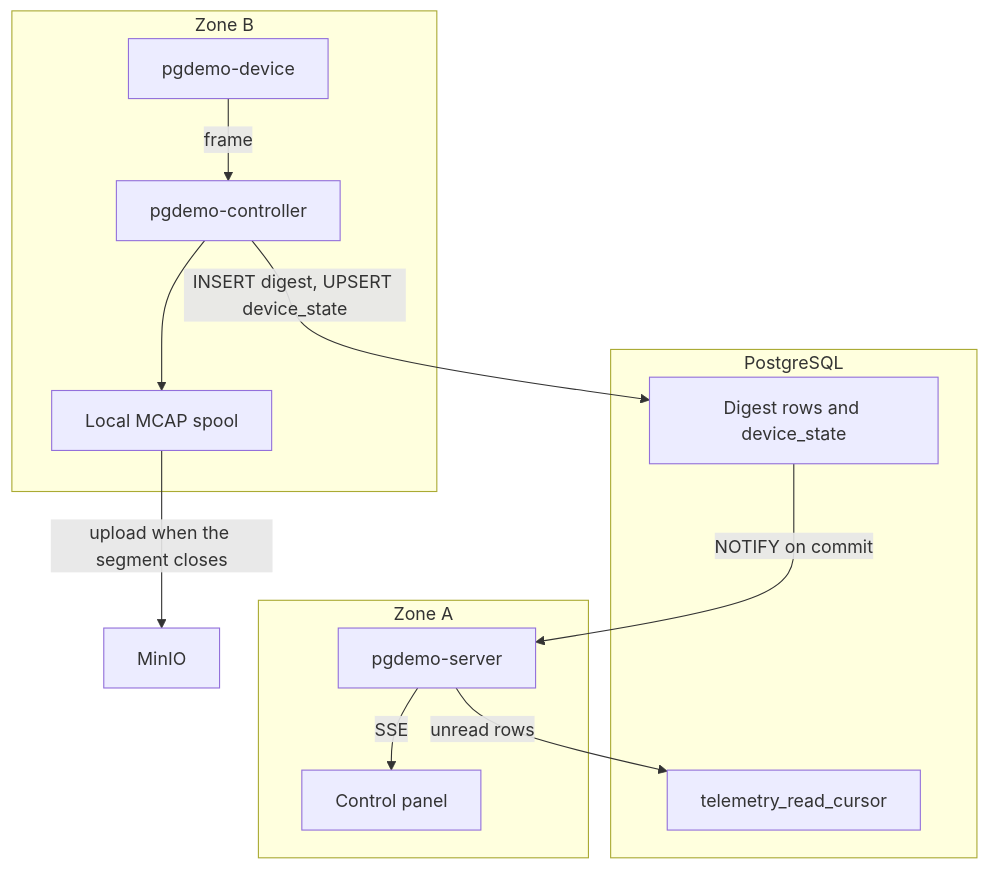
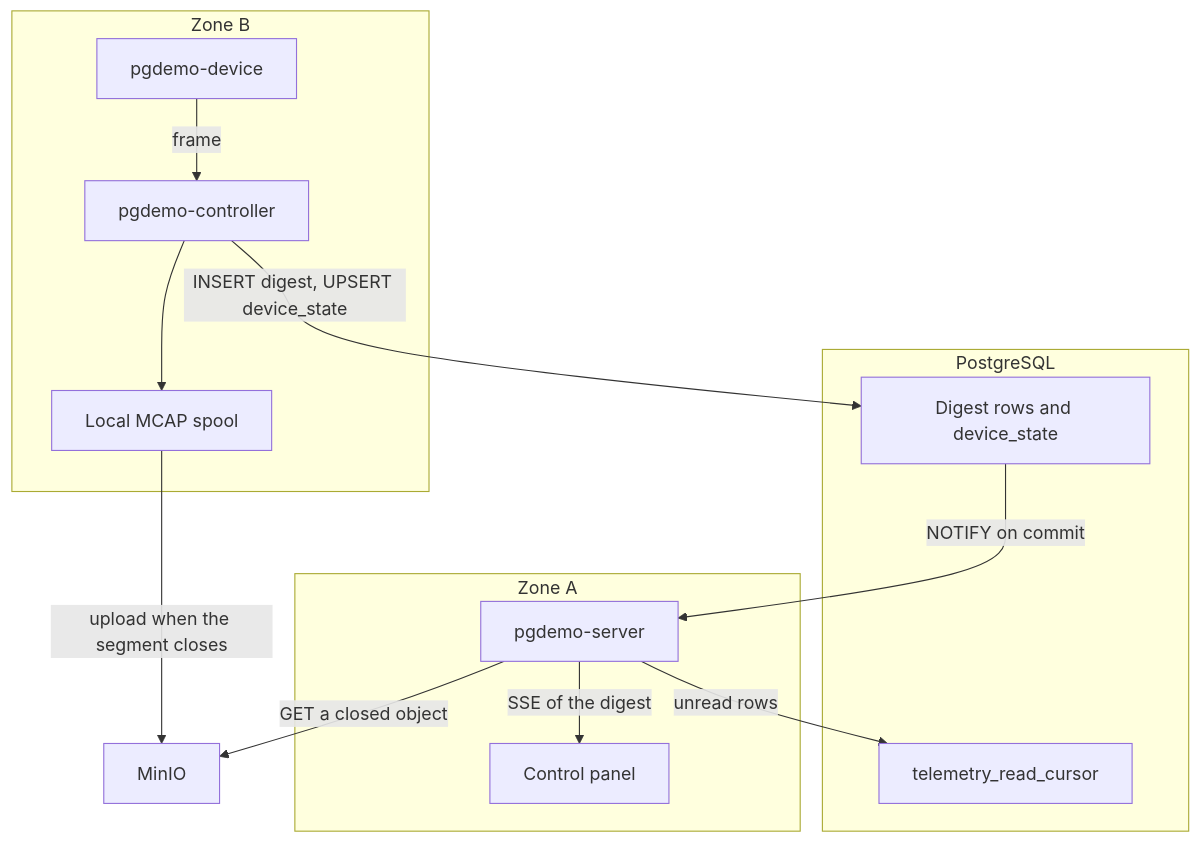
One commit to jgmatu/postgresql changed the first of 3 diagrams in TODO.md. Above: the diagram before and after it, drawn with Mermaid. The commit also changed other lines of this file, not shown here.

First line of the commit message:
Show the browser canvas as the graphics engine for the robotics view.

````diff
--- a/TODO.md
+++ b/TODO.md
@@ -34,25 +34,26 @@
 ```mermaid
 flowchart TB
     subgraph zoneA [Zone A]
         panel[Control panel]
         server[pgdemo-server]
     end
     subgraph database [PostgreSQL]
         digest[Digest rows and device_state]
         cursor[telemetry_read_cursor]
     end
     subgraph zoneB [Zone B]
         worker[pgdemo-device]
         controller[pgdemo-controller]
         spool[Local MCAP spool]
     end
     minio[MinIO]
 
     worker -->|frame| controller
     controller -->|INSERT digest, UPSERT device_state| digest
     digest -->|NOTIFY on commit| server
     server -->|unread rows| cursor
-    server -->|SSE| panel
+    server -->|SSE of the digest| panel
+    server -->|GET a closed object| minio
     controller --> spool
     spool -->|upload when the segment closes| minio
 ```
````
